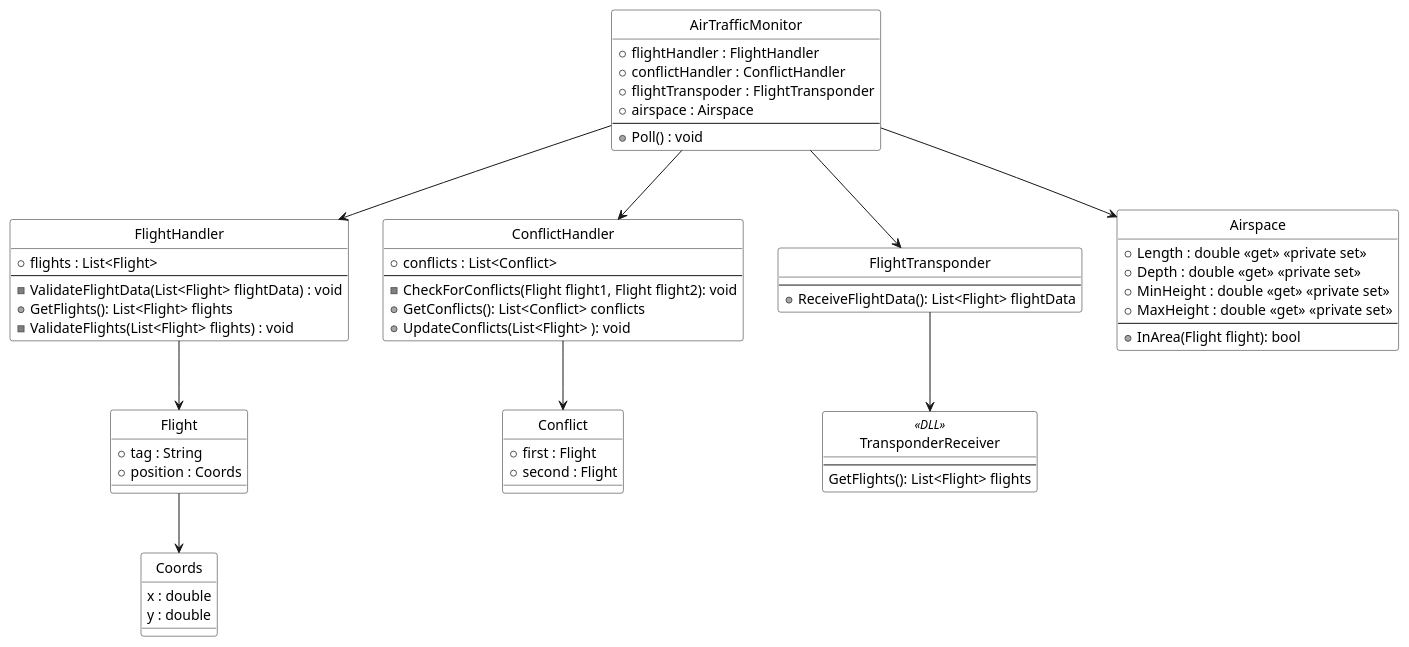
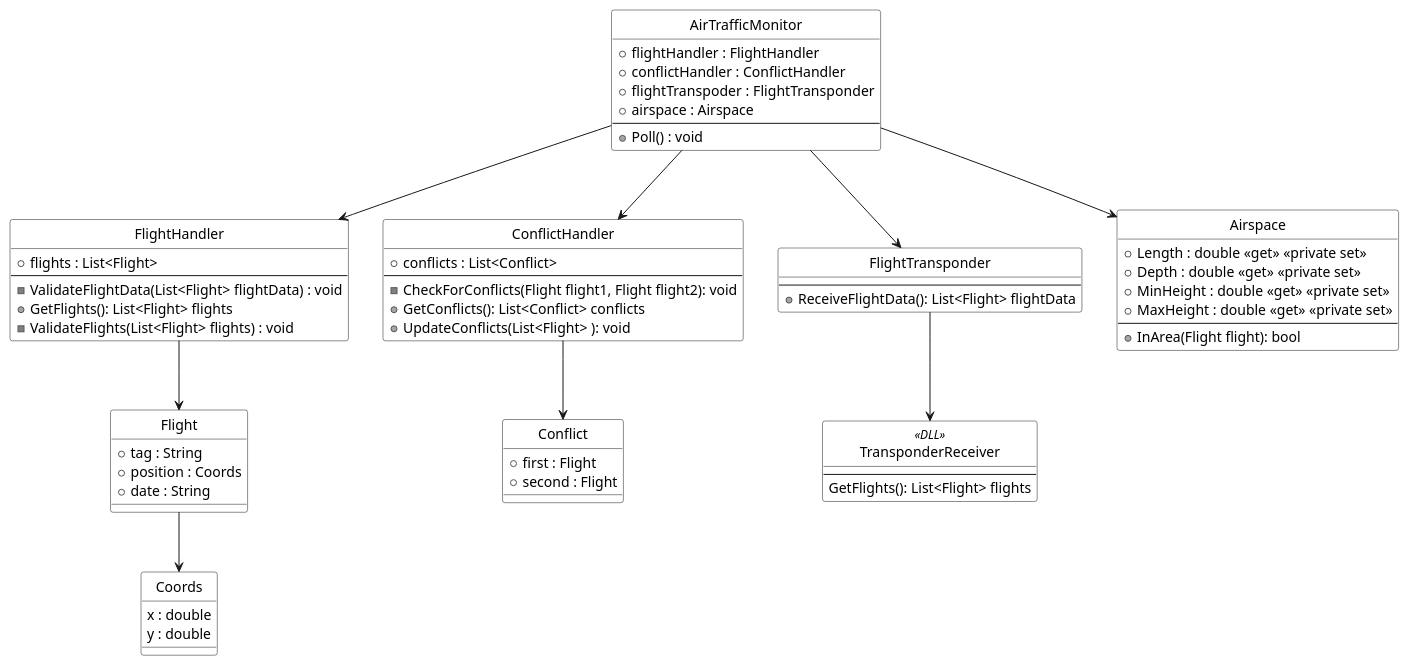
The diagram in class-diagram.plantuml (TeamSWT7/02-AirTrafficMonitoring), drawn with PlantUML before and after one commit.

Commit message:
Added Date : String to flight

```diff
--- a/class-diagram.plantuml
+++ b/class-diagram.plantuml
@@ -1,76 +1,78 @@
 @startuml
 
 skinparam shadowing false
 skinparam monochrome true
 skinparam backgroundColor transparent
 skinparam classBackgroundColor transparent
 skinparam style strictuml
 
 class Coords {
     x : double
     y : double
 }
 
 class AirTrafficMonitor {
     + flightHandler : FlightHandler
     + conflictHandler : ConflictHandler
     + flightTranspoder : FlightTransponder
     + airspace : Airspace
     --
     + Poll() : void
 }
 AirTrafficMonitor --> FlightHandler
 AirTrafficMonitor --> ConflictHandler
 AirTrafficMonitor --> FlightTransponder
 AirTrafficMonitor --> Airspace
 
 class Airspace {
     + Length : double <<get>> <<private set>>
     + Depth : double <<get>> <<private set>>
     + MinHeight : double <<get>> <<private set>>
     + MaxHeight : double <<get>> <<private set>>
     --
     + InArea(Flight flight): bool
 }
 
 class FlightHandler {
     + flights : List<Flight>
     --
     - ValidateFlightData(List<Flight> flightData) : void
     + GetFlights(): List<Flight> flights
     - ValidateFlights(List<Flight> flights) : void
 }
 FlightHandler --> Flight
 
 class Flight {
     + tag : String
     + position : Coords
+    + date : String
+
 }
 Flight --> Coords
 
 class FlightTransponder {
     --
     + ReceiveFlightData(): List<Flight> flightData
 }
 FlightTransponder --> TransponderReceiver
 
 class TransponderReceiver<<DLL>> {
     --
     GetFlights(): List<Flight> flights
 }
 
 class ConflictHandler {
     + conflicts : List<Conflict>
     --
     - CheckForConflicts(Flight flight1, Flight flight2): void
     + GetConflicts(): List<Conflict> conflicts
     + UpdateConflicts(List<Flight> ): void
 }
 ConflictHandler --> Conflict
 
 class Conflict {
     + first : Flight
     + second : Flight
 }
 
 @enduml
```
